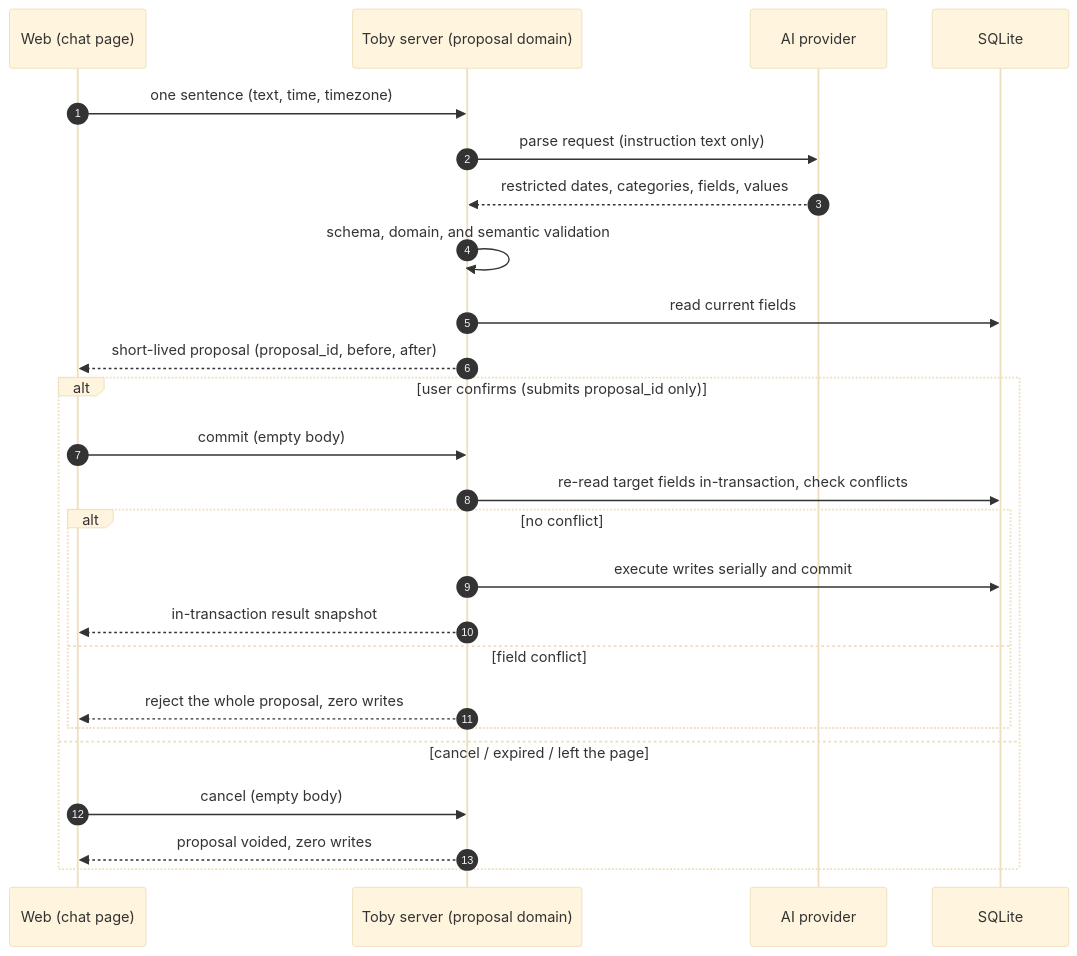
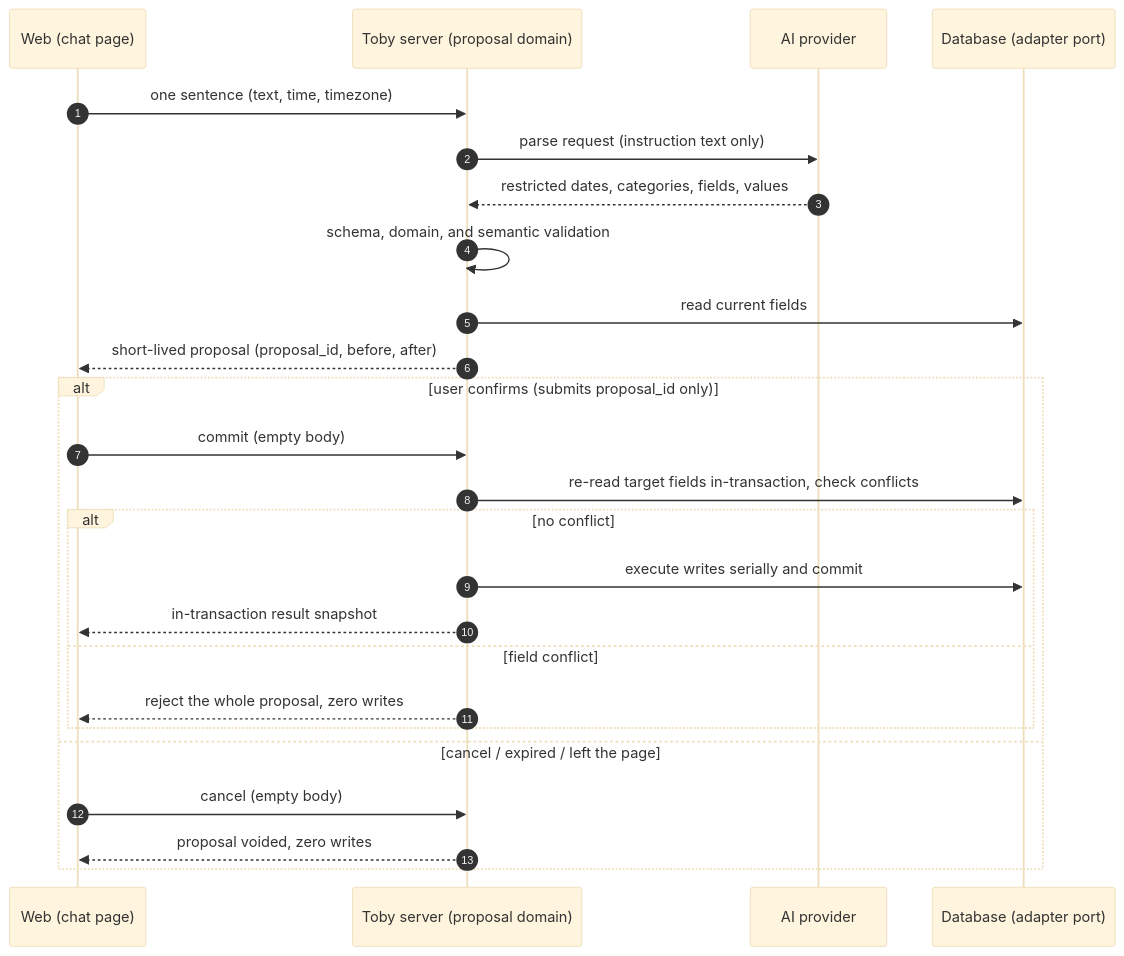
One commit to dengyusys/toby changed the second of 3 diagrams in docs/system-overview.md. Above: the diagram before and after it, drawn with Mermaid (base theme). The commit also changed other lines of this file and 28 other files, not shown here.

Commit message:
feat(server): database port with sqlite and mysql adapters

````diff
--- a/docs/system-overview.md
+++ b/docs/system-overview.md
@@ -86,29 +86,29 @@
 ```mermaid
 sequenceDiagram
     autonumber
     participant W as Web (chat page)
     participant S as Toby server (proposal domain)
     participant A as AI provider
-    participant D as SQLite
+    participant D as Database (adapter port)
 
     W->>S: one sentence (text, time, timezone)
     S->>A: parse request (instruction text only)
     A-->>S: restricted dates, categories, fields, values
     S->>S: schema, domain, and semantic validation
     S->>D: read current fields
     S-->>W: short-lived proposal (proposal_id, before, after)
 
     alt user confirms (submits proposal_id only)
         W->>S: commit (empty body)
         S->>D: re-read target fields in-transaction, check conflicts
         alt no conflict
             S->>D: execute writes serially and commit
             S-->>W: in-transaction result snapshot
         else field conflict
             S-->>W: reject the whole proposal, zero writes
         end
     else cancel / expired / left the page
         W->>S: cancel (empty body)
         S-->>W: proposal voided, zero writes
     end
 ```
````
